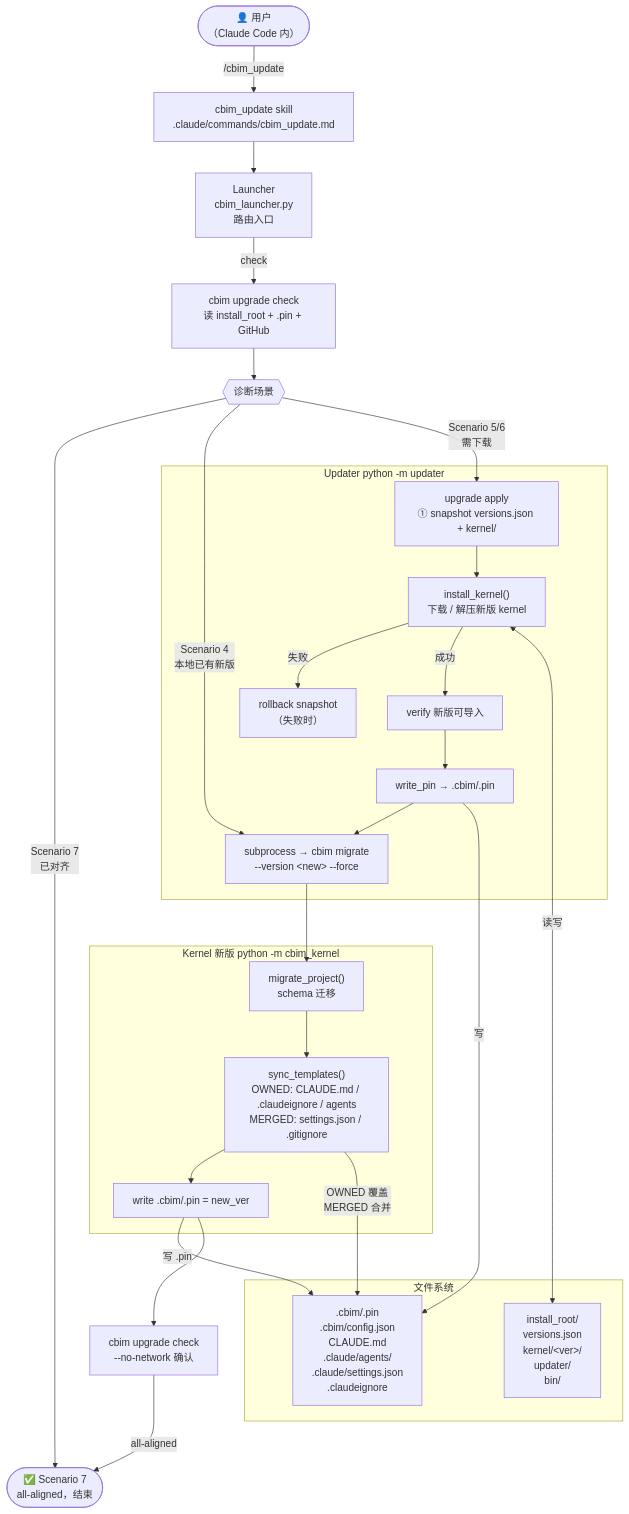
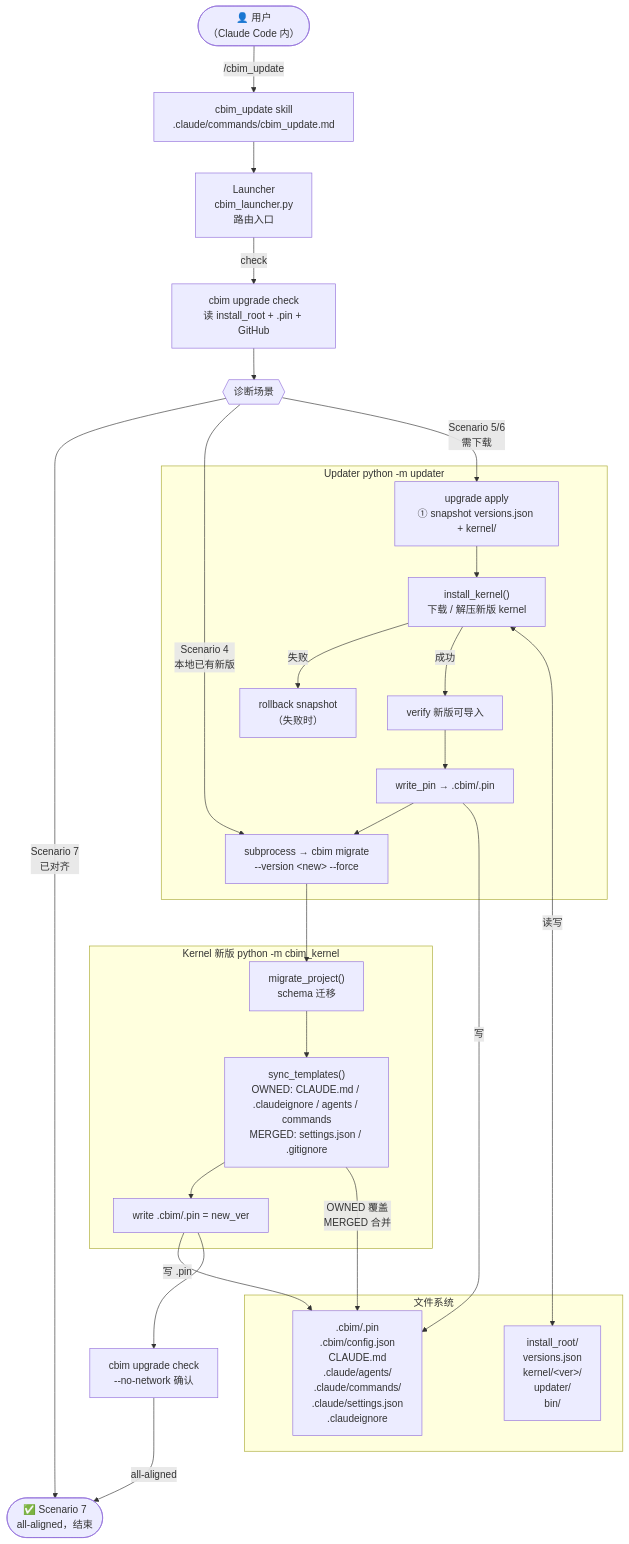
One commit to nan023062/agent-team-cc changed the diagram in v1/docs/UPDATE-FLOW.zh-CN.md. Above: the diagram before and after it, drawn with Mermaid. The commit also changed other lines of this file and 11 other files, not shown here.

First line of the commit message:
feat: install & sync built-in slash commands as OWNED kernel assets

````diff
--- a/v1/docs/UPDATE-FLOW.zh-CN.md
+++ b/v1/docs/UPDATE-FLOW.zh-CN.md
@@ -20,58 +20,58 @@
 ```mermaid
 flowchart TD
     User(["👤 用户\n（Claude Code 内）"])
     Skill["cbim_update skill\n.claude/commands/cbim_update.md"]
     Launcher["Launcher\ncbim_launcher.py\n路由入口"]
     Check1["cbim upgrade check\n读 install_root + .pin + GitHub"]
     Diag{{"诊断场景"}}
     Done(["✅ Scenario 7\nall-aligned，结束"])
 
     subgraph Updater ["Updater  python -m updater"]
         Apply["upgrade apply\n① snapshot versions.json + kernel/"]
         Install["install_kernel()\n下载 / 解压新版 kernel"]
         Verify["verify 新版可导入"]
         Rollback["rollback snapshot\n（失败时）"]
         WritePin["write_pin → .cbim/.pin"]
         MigrateCall["subprocess → cbim migrate\n--version &lt;new&gt; --force"]
     end
 
     subgraph Kernel ["Kernel  新版  python -m cbim_kernel"]
         MigrateProject["migrate_project()\nschema 迁移"]
-        SyncTemplates["sync_templates()\nOWNED: CLAUDE.md / .claudeignore / agents\nMERGED: settings.json / .gitignore"]
+        SyncTemplates["sync_templates()\nOWNED: CLAUDE.md / .claudeignore / agents / commands\nMERGED: settings.json / .gitignore"]
         PinWrite2["write .cbim/.pin = new_ver"]
     end
 
     subgraph Filesystem ["文件系统"]
         InstallRoot["install_root/\n  versions.json\n  kernel/&lt;ver&gt;/\n  updater/\n  bin/"]
-        ProjectFiles[".cbim/.pin\n.cbim/config.json\nCLAUDE.md\n.claude/agents/\n.claude/settings.json\n.claudeignore"]
+        ProjectFiles[".cbim/.pin\n.cbim/config.json\nCLAUDE.md\n.claude/agents/\n.claude/commands/\n.claude/settings.json\n.claudeignore"]
     end
 
     Check2["cbim upgrade check\n--no-network 确认"]
 
     User -->|"/cbim_update"| Skill
     Skill --> Launcher
     Launcher -->|"check"| Check1
     Check1 --> Diag
 
     Diag -->|"Scenario 7\n已对齐"| Done
     Diag -->|"Scenario 4\n本地已有新版"| MigrateCall
     Diag -->|"Scenario 5/6\n需下载"| Apply
 
     Apply --> Install
     Install -->|"失败"| Rollback
     Install -->|"成功"| Verify
     Verify --> WritePin
     WritePin --> MigrateCall
 
     MigrateCall --> MigrateProject
     MigrateProject --> SyncTemplates
     SyncTemplates --> PinWrite2
 
     Install <-->|"读写"| InstallRoot
     WritePin -->|"写"| ProjectFiles
     SyncTemplates -->|"OWNED 覆盖\nMERGED 合并"| ProjectFiles
     PinWrite2 -->|"写 .pin"| ProjectFiles
 
     PinWrite2 --> Check2
     Check2 -->|"all-aligned"| Done
 ```
````
